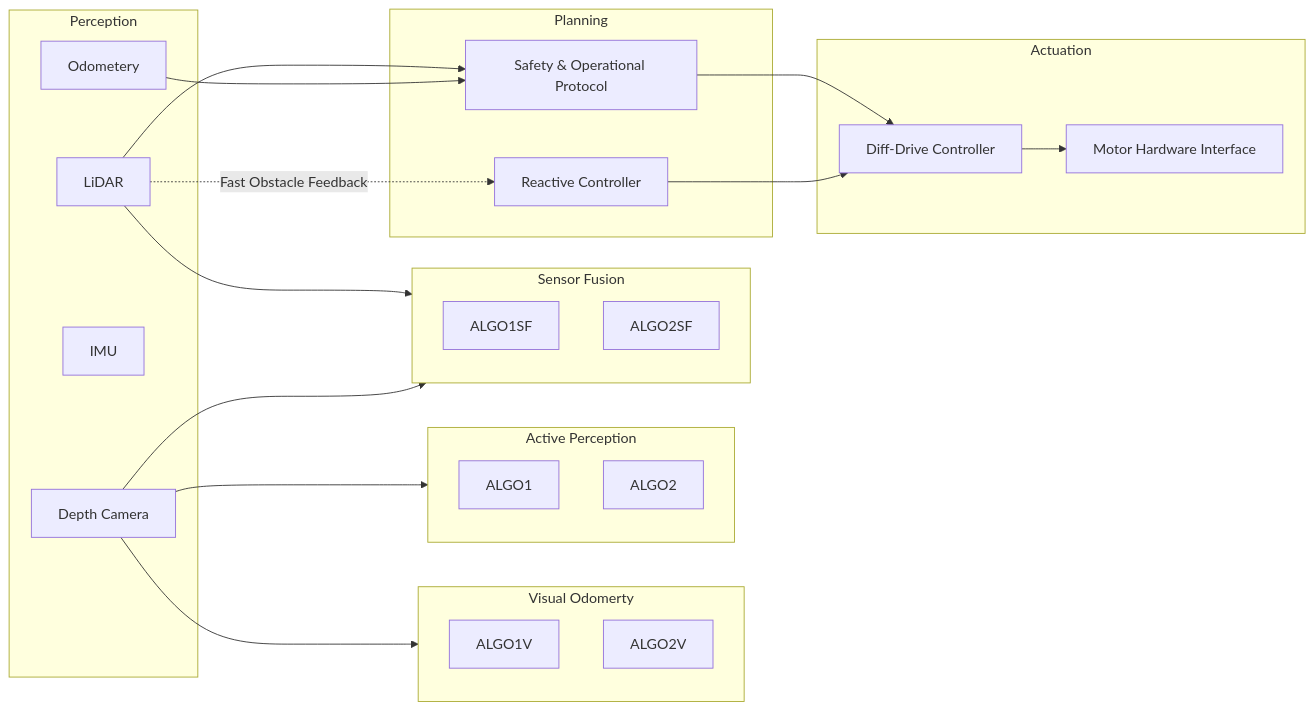
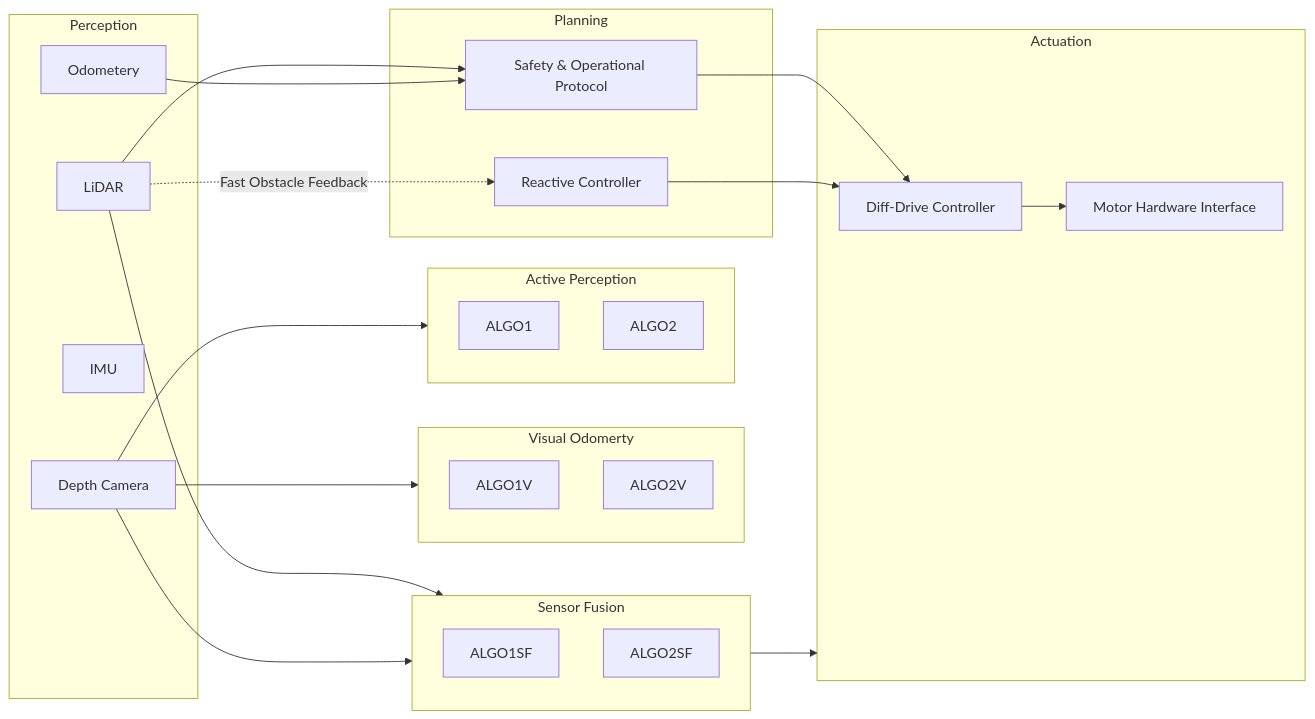
Before and after one commit to SeasonedLeo/RAS_Mobile_Robotics_Vision: the diagram in project/report1.md, drawn with Mermaid. The commit also changed other lines of this file, not shown here.

Commit message:
Updated Memaid graph more , added colors for each block

````diff
--- a/project/report1.md
+++ b/project/report1.md
@@ -90,52 +90,56 @@
 ```mermaid
 flowchart LR
   %% 3.1 Data Flow Diagram (Perception → Estimation → Planning → Actuation)
 
   subgraph P[Perception]
     SENS1[LiDAR]
     SENS3[Odometery]
     SENS4[IMU]
     SENS2[Depth Camera]
 
 
   end
 
+
+
  subgraph VO[Visual Odomerty]
     ALGO1V[ALGO1V]
     ALGO2V[ALGO2V]
   end
 
 
   subgraph AP[Active Perception]
     ALGO1[ALGO1]
     ALGO2[ALGO2]
   end
 
-   subgraph SF[Sensor Fusion]
+  subgraph SF[Sensor Fusion]
     ALGO1SF[ALGO1SF]
     ALGO2SF[ALGO2SF]
   end
+
+ 
 
   subgraph PL[Planning]
     RC[Reactive Controller]
     SFT[Safety & Operational Protocol]
   end
 
   subgraph A[Actuation]
     DDC[Diff-Drive Controller]
     MHI[Motor Hardware Interface]
   end
 
   %% Main pipeline
+  SENS1 --> SF
   SENS2-->AP
-  SENS2 --> VO
-  SENS1 --> SF
-  SENS2 --> SF
+  SENS2 --> VO 
+  SENS2 --> SF -->A
   SENS1 --> SFT--> DDC
   SENS3 -->SFT
 
   RC --> DDC --> MHI
 
   %% Fast obstacle feedback
   SENS1 -. "Fast Obstacle Feedback" .-> RC
 ``` 
````
